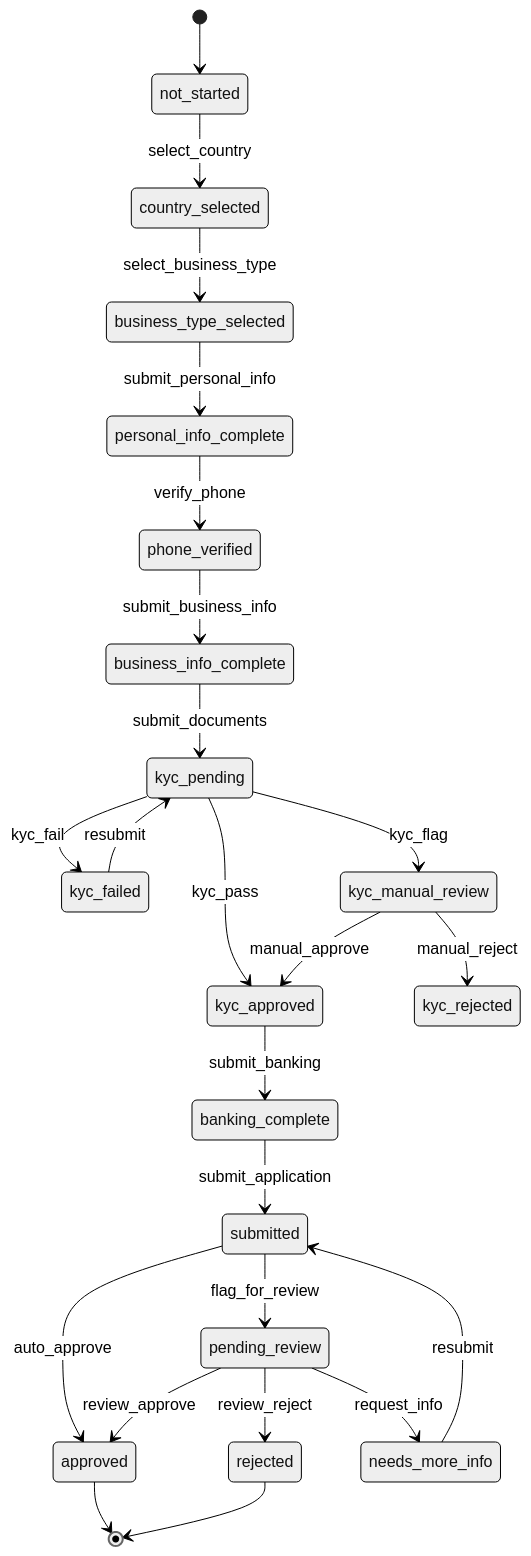
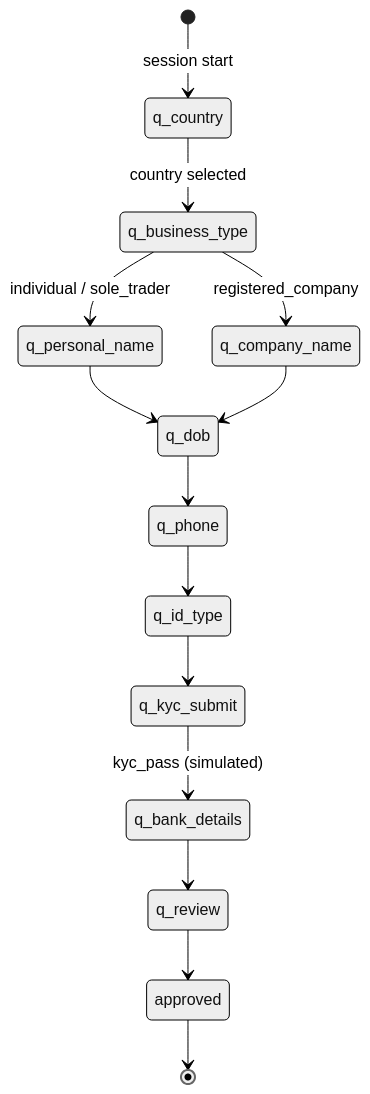
Before and after one commit to slavasolodkiy/SumUp: the fourth of 4 diagrams in docs/architecture/architecture-diagram.md, drawn with Mermaid (neutral theme). The commit also changed other lines of this file and 8 other files, not shown here.

````diff
--- a/docs/architecture/architecture-diagram.md
+++ b/docs/architecture/architecture-diagram.md
@@ -231,26 +207,16 @@
 ```mermaid
 stateDiagram-v2
-    [*] --> not_started
-    not_started --> country_selected : select_country
-    country_selected --> business_type_selected : select_business_type
-    business_type_selected --> personal_info_complete : submit_personal_info
-    personal_info_complete --> phone_verified : verify_phone
-    phone_verified --> business_info_complete : submit_business_info
-    business_info_complete --> kyc_pending : submit_documents
-    kyc_pending --> kyc_approved : kyc_pass
-    kyc_pending --> kyc_failed : kyc_fail
-    kyc_pending --> kyc_manual_review : kyc_flag
-    kyc_failed --> kyc_pending : resubmit
-    kyc_manual_review --> kyc_approved : manual_approve
-    kyc_manual_review --> kyc_rejected : manual_reject
-    kyc_approved --> banking_complete : submit_banking
-    banking_complete --> submitted : submit_application
-    submitted --> approved : auto_approve
-    submitted --> pending_review : flag_for_review
-    pending_review --> approved : review_approve
-    pending_review --> rejected : review_reject
-    pending_review --> needs_more_info : request_info
-    needs_more_info --> submitted : resubmit
+    [*] --> q_country : session start
+    q_country --> q_business_type : country selected
+    q_business_type --> q_personal_name : individual / sole_trader
+    q_business_type --> q_company_name : registered_company
+    q_personal_name --> q_dob
+    q_company_name --> q_dob
+    q_dob --> q_phone
+    q_phone --> q_id_type
+    q_id_type --> q_kyc_submit
+    q_kyc_submit --> q_bank_details : kyc_pass (simulated)
+    q_bank_details --> q_review
+    q_review --> approved
     approved --> [*]
-    rejected --> [*]
 ```
````
